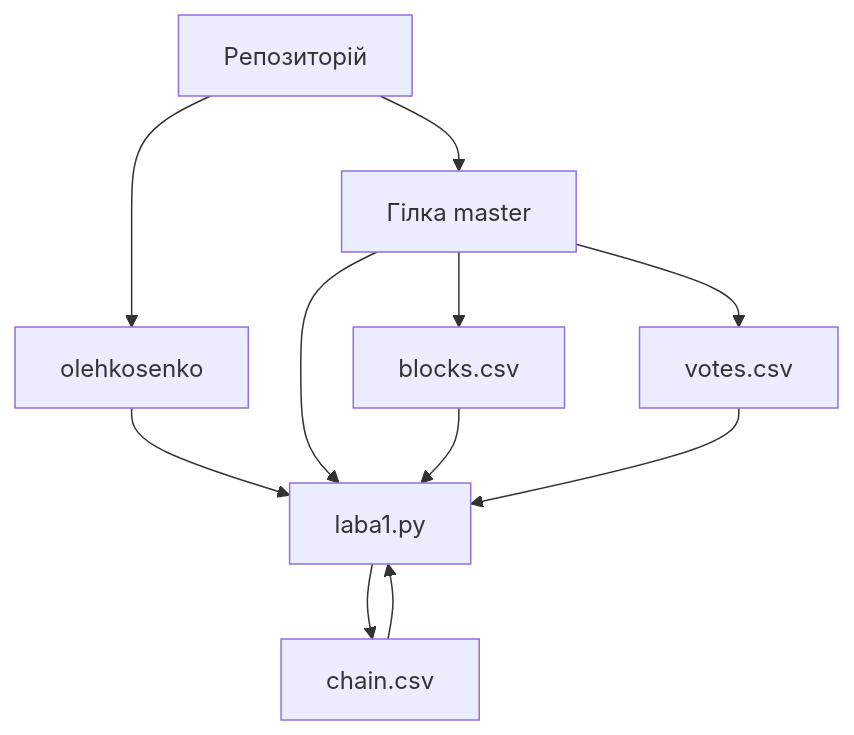
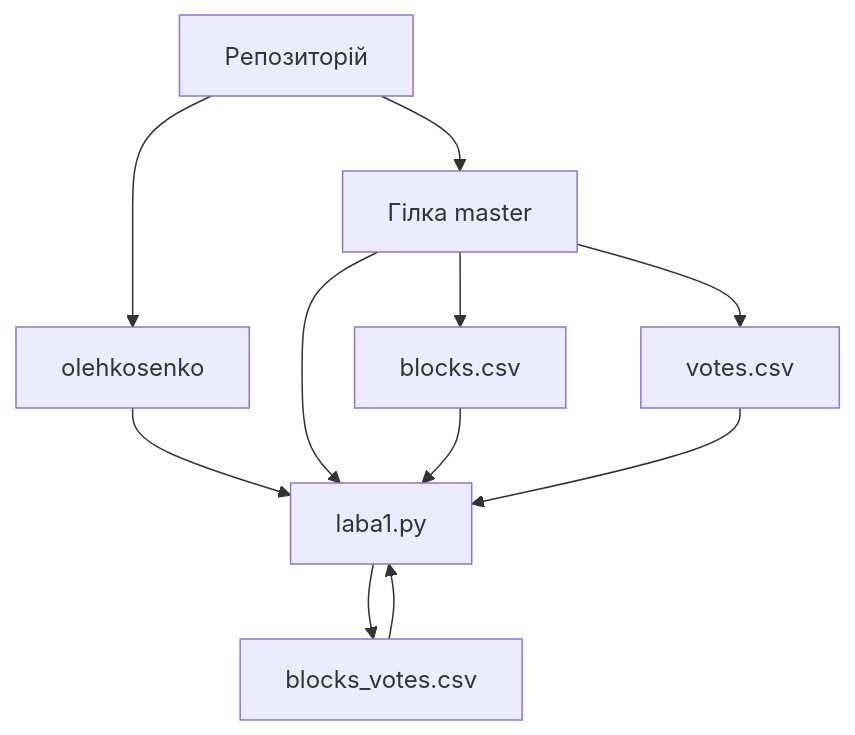
One commit to MaksymOnyshko/prog_practise_project changed the diagram in README.md. Above: the diagram before and after it, drawn with Mermaid.

Commit message:
README.md

````diff
--- a/README.md
+++ b/README.md
@@ -48,15 +48,15 @@
 ```mermaid
 flowchart TD
     A[Репозиторій] --> B[Гілка master]
     B1[olehkosenko] --> L1PY[laba1.py]
     A --> B1
     B --> L1PY[laba1.py]
     B --> BC[blocks.csv]
     B --> VC[votes.csv]
     
 
     BC --> L1PY
     VC --> L1PY
-    L1PY --> CC[chain.csv]
+    L1PY --> CC[blocks_votes.csv]
     CC --> L1PY
 ```
````
